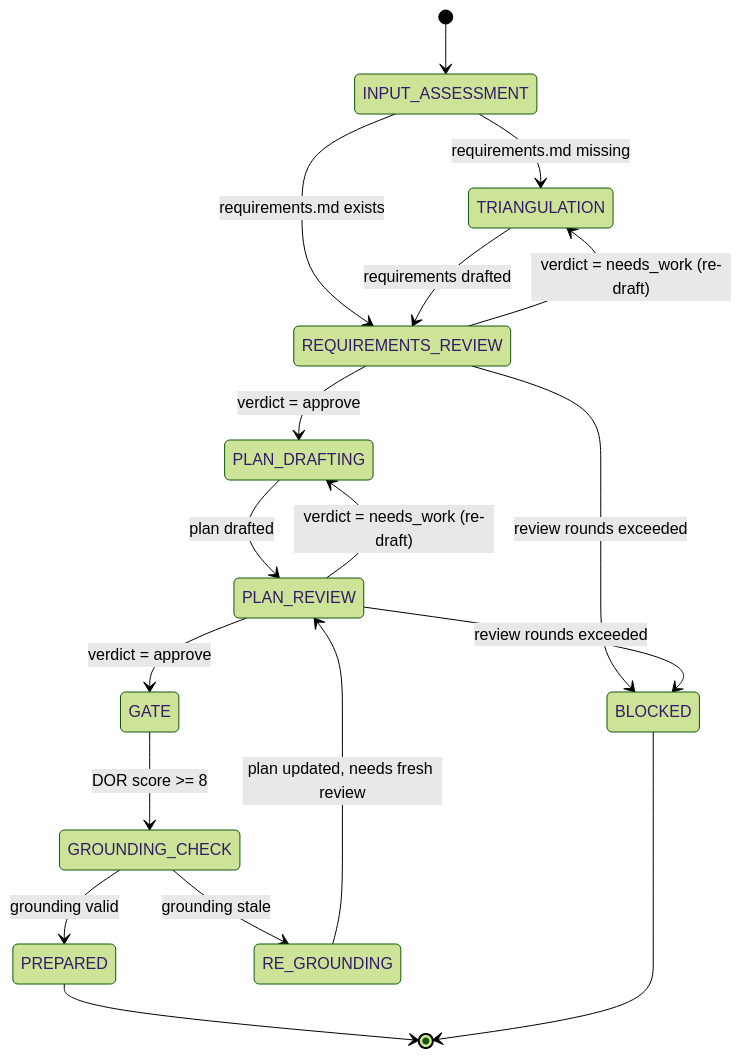
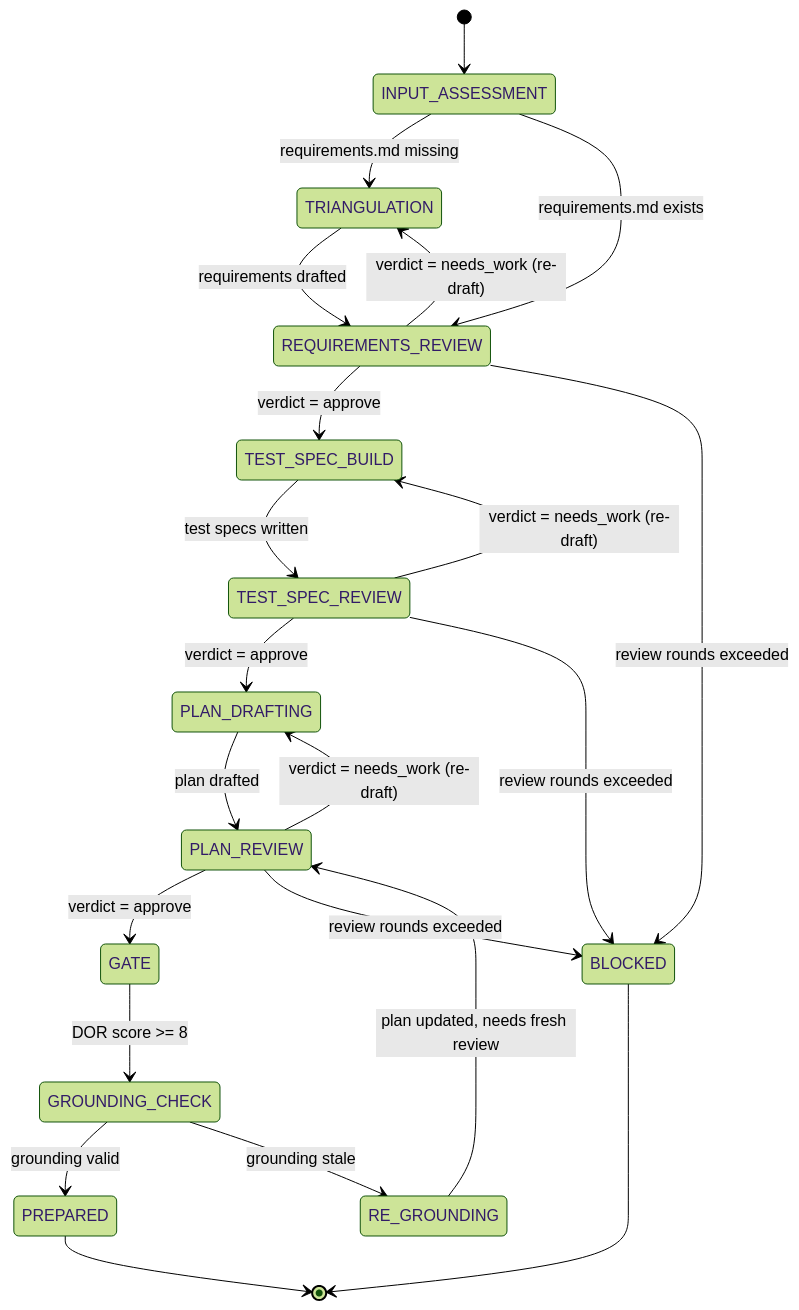
One commit to InstruktAI/TeleClaude changed the first of 4 diagrams in docs/project/design/architecture/prepare-state-machine.md. Above: the diagram before and after it, drawn with Mermaid (forest theme). The commit also changed other lines of this file and 156 other files, not shown here.

First line of the commit message:
feat(tdd): ship test-driven development into SDLC with spec builder/reviewer pipeline

````diff
--- a/docs/project/design/architecture/prepare-state-machine.md
+++ b/docs/project/design/architecture/prepare-state-machine.md
@@ -82,29 +82,35 @@
 ```mermaid
 stateDiagram-v2
     [*] --> INPUT_ASSESSMENT
 
     INPUT_ASSESSMENT --> TRIANGULATION: requirements.md missing
     INPUT_ASSESSMENT --> REQUIREMENTS_REVIEW: requirements.md exists
 
     TRIANGULATION --> REQUIREMENTS_REVIEW: requirements drafted
 
-    REQUIREMENTS_REVIEW --> PLAN_DRAFTING: verdict = approve
+    REQUIREMENTS_REVIEW --> TEST_SPEC_BUILD: verdict = approve
     REQUIREMENTS_REVIEW --> TRIANGULATION: verdict = needs_work (re-draft)
     REQUIREMENTS_REVIEW --> BLOCKED: review rounds exceeded
+
+    TEST_SPEC_BUILD --> TEST_SPEC_REVIEW: test specs written
+
+    TEST_SPEC_REVIEW --> PLAN_DRAFTING: verdict = approve
+    TEST_SPEC_REVIEW --> TEST_SPEC_BUILD: verdict = needs_work (re-draft)
+    TEST_SPEC_REVIEW --> BLOCKED: review rounds exceeded
 
     PLAN_DRAFTING --> PLAN_REVIEW: plan drafted
 
     PLAN_REVIEW --> GATE: verdict = approve
     PLAN_REVIEW --> PLAN_DRAFTING: verdict = needs_work (re-draft)
     PLAN_REVIEW --> BLOCKED: review rounds exceeded
 
     GATE --> GROUNDING_CHECK: DOR score >= 8
 
     GROUNDING_CHECK --> PREPARED: grounding valid
     GROUNDING_CHECK --> RE_GROUNDING: grounding stale
 
     RE_GROUNDING --> PLAN_REVIEW: plan updated, needs fresh review
 
     PREPARED --> [*]
     BLOCKED --> [*]
 ```
````
